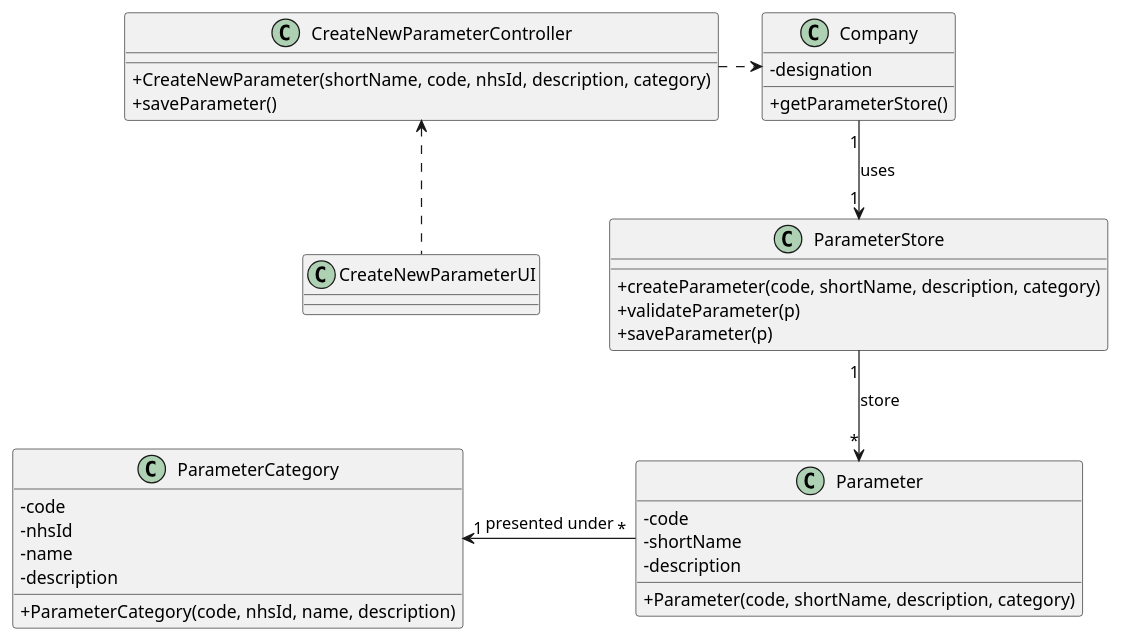
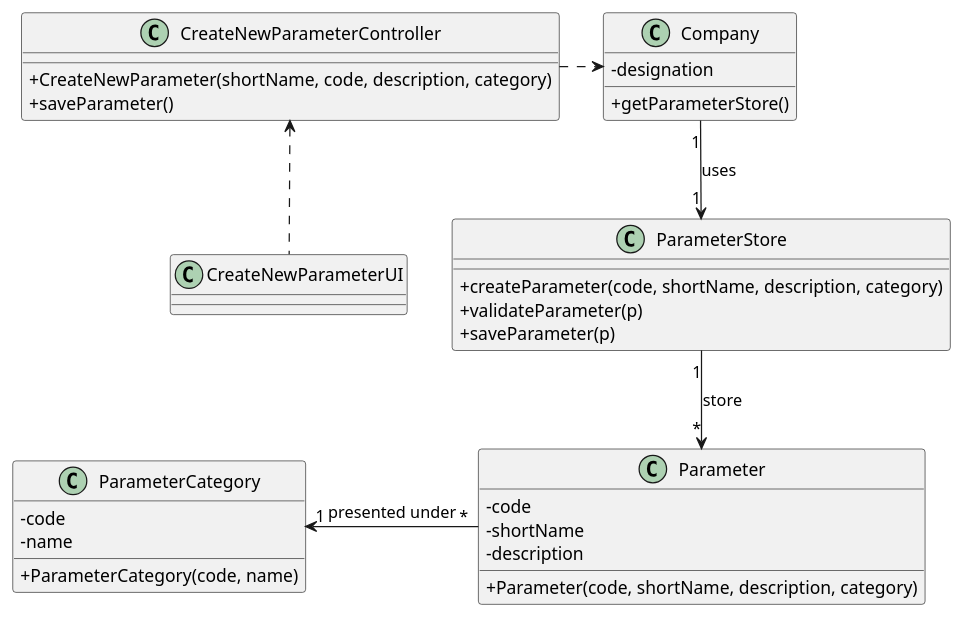
The diagram in docs/SprintB/US10/UC10_CD.puml (GuilhermeCunha79/lapr2), drawn with PlantUML before and after one commit. The commit also changed 8 other files, not shown here.

Commit message:
[US-11] - commit introduces minor changes to the User Story 11 document and all related diagrams [US-10] - commit introduces minor changes to the User Story 10 document and all related diagrams

```diff
--- a/docs/SprintB/US10/UC10_CD.puml
+++ b/docs/SprintB/US10/UC10_CD.puml
@@ -1,43 +1,41 @@
 @startuml
 skinparam classAttributeIconSize 0
 
 class CreateNewParameterUI{
 }
 
 class CreateNewParameterController{
-    +CreateNewParameter(shortName, code, nhsId, description, category)
+    +CreateNewParameter(shortName, code, description, category)
     +saveParameter()
 }
 
 class Company{
 	-designation
 	+getParameterStore()
 }
 
 class Parameter{
     -code
     -shortName
     -description
     +Parameter(code, shortName, description, category)
 }
 
 class ParameterStore{
     +createParameter(code, shortName, description, category)
     +validateParameter(p)
     +saveParameter(p)
 }
 
 class ParameterCategory{
     -code
-    -nhsId
     -name
-    -description
-    +ParameterCategory(code, nhsId, name, description)
+    +ParameterCategory(code, name)
 }
 
 CreateNewParameterController <.down. CreateNewParameterUI
 CreateNewParameterController .right.> Company
 Company"1" --> "1"ParameterStore : uses
 ParameterStore"1" --> "*"Parameter : store
 Parameter"*" -left-> "1"ParameterCategory : presented under
 @enduml
```
